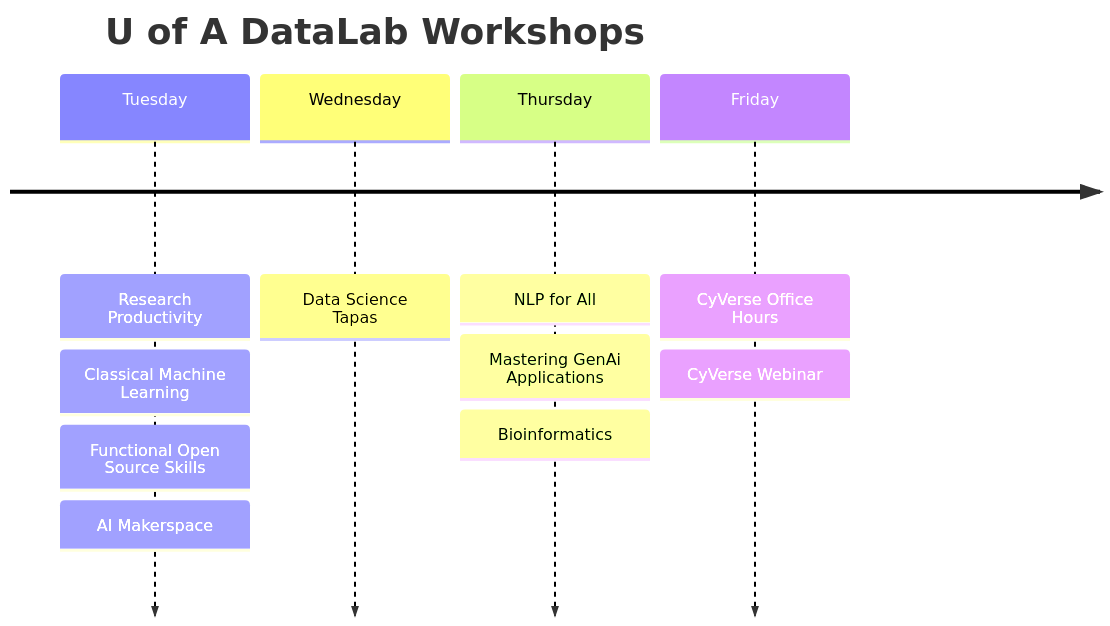
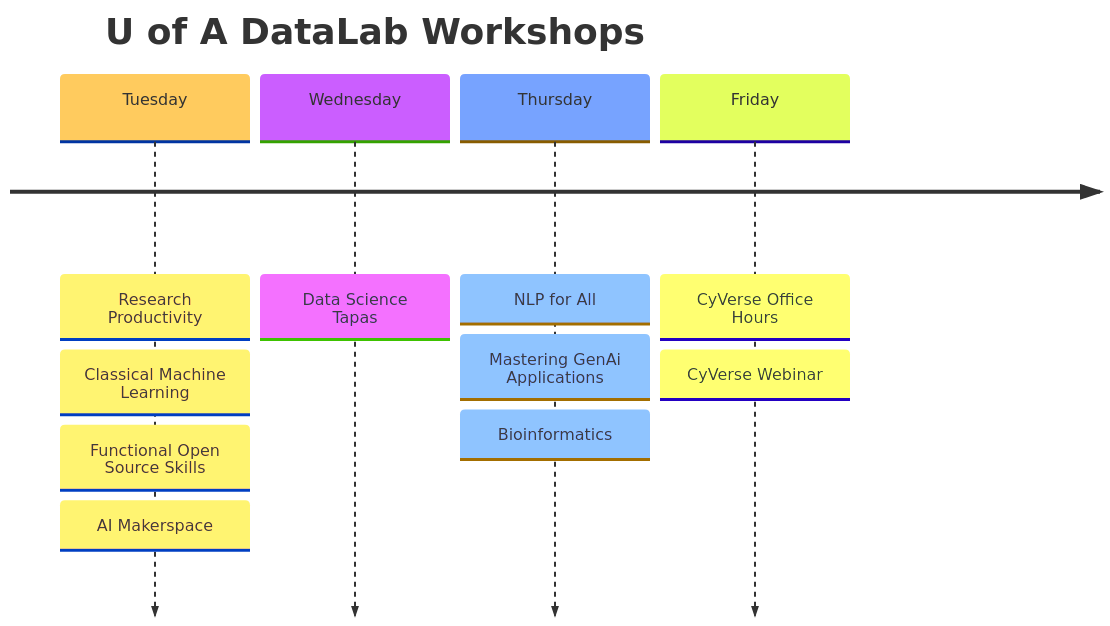
Before and after one commit to ua-datalab/ua-datalab.github.io: the diagram in docs/index.md, drawn with Mermaid.

````diff
--- a/docs/index.md
+++ b/docs/index.md
@@ -27,14 +27,15 @@
 ```mermaid
+%%{init: { 'logLevel': 'debug', 'theme': 'base' } }%%
 timeline
     title U of A DataLab Workshops
     Tuesday : Research Productivity
     	    : Classical Machine Learning
 	    : Functional Open Source Skills
 	    : AI Makerspace
     Wednesday : Data Science Tapas
     Thursday : NLP for All
     	     : Mastering GenAi Applications
     	     : Bioinformatics
     Friday : CyVerse Office Hours
     	   : CyVerse Webinar
 ```
````
